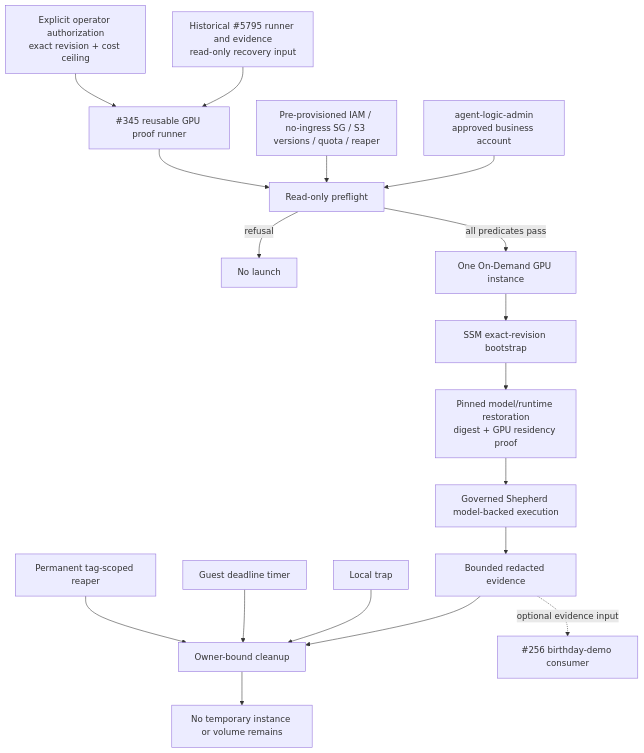
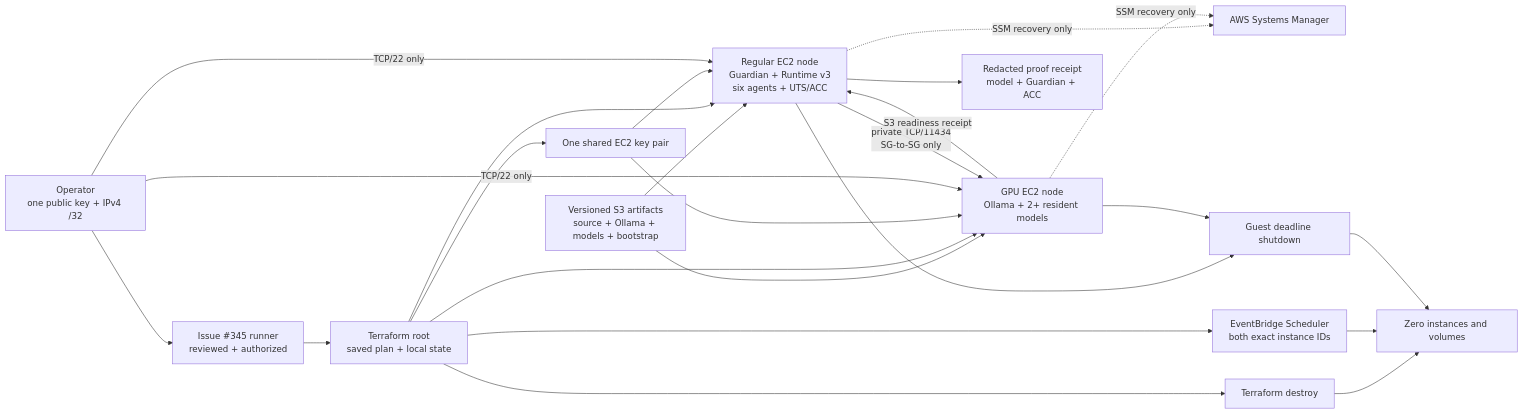
Before and after one commit to agent-logic/agent-design-language: the diagram in .csdlc/prepared/issues/345/diagram.mmd, drawn with Mermaid. The commit also changed 26 other files, not shown here.

Commit message:
fix: provision issue 345 two-node AWS proof

```diff
--- a/.csdlc/prepared/issues/345/diagram.mmd
+++ b/.csdlc/prepared/issues/345/diagram.mmd
@@ -1,18 +1,24 @@
-flowchart TD
-  H["Historical #5795 runner and evidence<br/>read-only recovery input"] --> R["#345 reusable GPU proof runner"]
-  A["Explicit operator authorization<br/>exact revision + cost ceiling"] --> R
-  P["agent-logic-admin<br/>approved business account"] --> F["Read-only preflight"]
-  I["Pre-provisioned IAM / no-ingress SG / S3 versions / quota / reaper"] --> F
-  R --> F
-  F -->|"refusal"| X["No launch"]
-  F -->|"all predicates pass"| L["One On-Demand GPU instance"]
-  L --> S["SSM exact-revision bootstrap"]
-  S --> M["Pinned model/runtime restoration<br/>digest + GPU residency proof"]
-  M --> G["Governed Shepherd model-backed execution"]
-  G --> E["Bounded redacted evidence"]
-  E --> C["Owner-bound cleanup"]
-  T["Local trap"] --> C
-  U["Guest deadline timer"] --> C
-  D["Permanent tag-scoped reaper"] --> C
-  C --> Z["No temporary instance or volume remains"]
-  E -. "optional evidence input" .-> B["#256 birthday-demo consumer"]
+flowchart LR
+  O["Operator<br/>one public key + IPv4 /32"] --> T["Issue #345 runner<br/>reviewed + authorized"]
+  T --> TF["Terraform root<br/>saved plan + local state"]
+  S3["Versioned S3 artifacts<br/>source + Ollama + models + bootstrap"] --> G
+  S3 --> R
+  TF --> K["One shared EC2 key pair"]
+  TF --> R["Regular EC2 node<br/>Guardian + Runtime v3<br/>six agents + UTS/ACC"]
+  TF --> G["GPU EC2 node<br/>Ollama + 2+ resident models"]
+  K --> R
+  K --> G
+  O -->|"TCP/22 only"| R
+  O -->|"TCP/22 only"| G
+  R -->|"private TCP/11434<br/>SG-to-SG only"| G
+  G -->|"S3 readiness receipt"| R
+  R --> E["Redacted proof receipt<br/>model + Guardian + ACC"]
+  R -. "SSM recovery only" .-> SSM["AWS Systems Manager"]
+  G -. "SSM recovery only" .-> SSM
+  TF --> D["Terraform destroy"]
+  TF --> Q["EventBridge Scheduler<br/>both exact instance IDs"]
+  R --> U["Guest deadline shutdown"]
+  G --> U
+  D --> Z["Zero instances and volumes"]
+  Q --> Z
+  U --> Z
```
